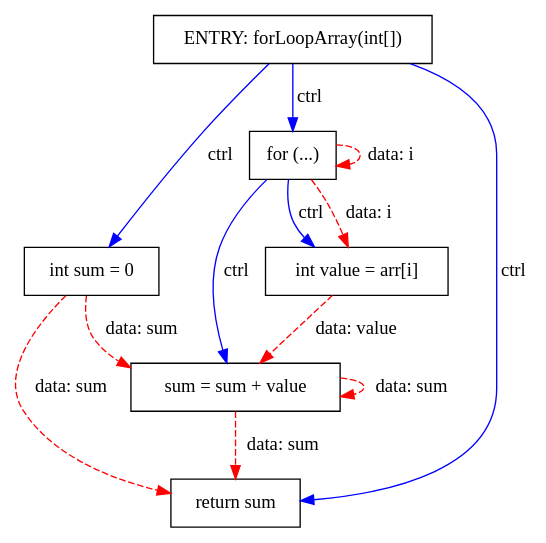
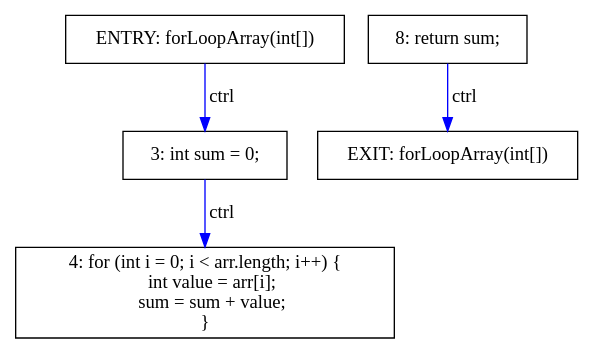
One commit to khaser/java-pdg changed the diagram in results/ForLoopArray.dot. Above: the diagram before and after it, drawn with Graphviz. The commit also changed 16 other files, not shown here.

```diff
--- a/results/ForLoopArray.dot
+++ b/results/ForLoopArray.dot
@@ -1,24 +1,14 @@
 digraph PDG {
   rankdir=TB;
   node [shape=box];
 
   node0 [label="ENTRY: forLoopArray(int[])"];
-  node1 [label="int sum = 0"];
-  node2 [label="for (...)"];
-  node3 [label="int value = arr[i]"];
-  node4 [label="sum = sum + value"];
-  node5 [label="return sum"];
+  node1 [label="EXIT: forLoopArray(int[])"];
+  node2 [label="3: int sum = 0;"];
+  node3 [label="4: for (int i = 0; i < arr.length; i++) {\n    int value = arr[i];\n    sum = sum + value;\n}"];
+  node4 [label="8: return sum;"];
 
-  node0 -> node1 [label="ctrl", color=blue];
   node0 -> node2 [label="ctrl", color=blue];
   node2 -> node3 [label="ctrl", color=blue];
-  node2 -> node4 [label="ctrl", color=blue];
-  node0 -> node5 [label="ctrl", color=blue];
-  node2 -> node2 [label="data: i", color=red, style=dashed];
-  node2 -> node3 [label="data: i", color=red, style=dashed];
-  node1 -> node4 [label="data: sum", color=red, style=dashed];
-  node4 -> node4 [label="data: sum", color=red, style=dashed];
-  node3 -> node4 [label="data: value", color=red, style=dashed];
-  node1 -> node5 [label="data: sum", color=red, style=dashed];
-  node4 -> node5 [label="data: sum", color=red, style=dashed];
+  node4 -> node1 [label="ctrl", color=blue];
 }
```
